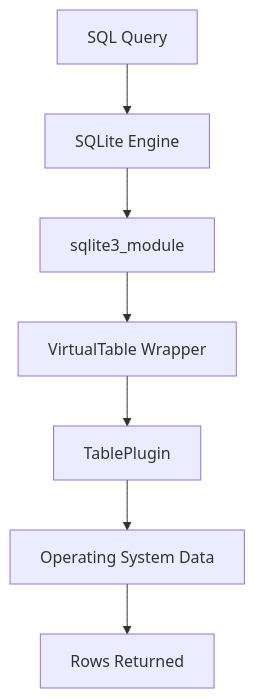
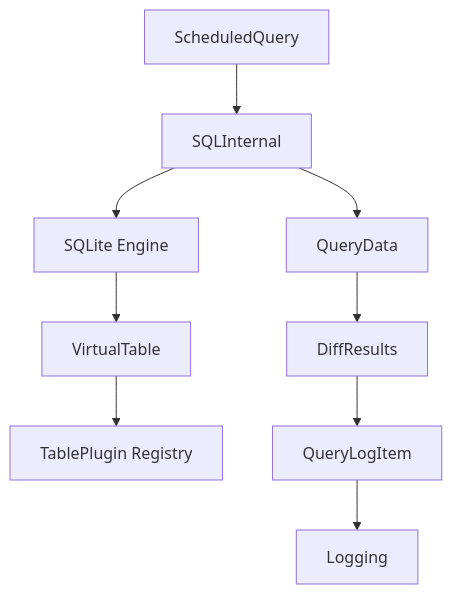
The diagram in docs/diagrams/architecture/README-3.mmd (flamingo-stack/osquery), drawn with Mermaid before and after one commit. The commit also changed 388 other files, not shown here.

```diff
--- a/docs/diagrams/architecture/README-3.mmd
+++ b/docs/diagrams/architecture/README-3.mmd
@@ -1,7 +1,10 @@
 flowchart TD
-    Query["SQL Query"] --> SQLite["SQLite Engine"]
-    SQLite --> Module["sqlite3_module"]
-    Module --> VirtualTable["VirtualTable Wrapper"]
-    VirtualTable --> TablePlugin["TablePlugin"]
-    TablePlugin --> OS["Operating System Data"]
-    OS --> Rows["Rows Returned"]
+    ScheduledQuery["ScheduledQuery"] --> SQLInternal["SQLInternal"]
+    SQLInternal --> SQLite["SQLite Engine"]
+    SQLite --> VirtualTable["VirtualTable"]
+    VirtualTable --> TableRegistry["TablePlugin Registry"]
+
+    SQLInternal --> Results["QueryData"]
+    Results --> Diff["DiffResults"]
+    Diff --> LogItem["QueryLogItem"]
+    LogItem --> Logging
```
